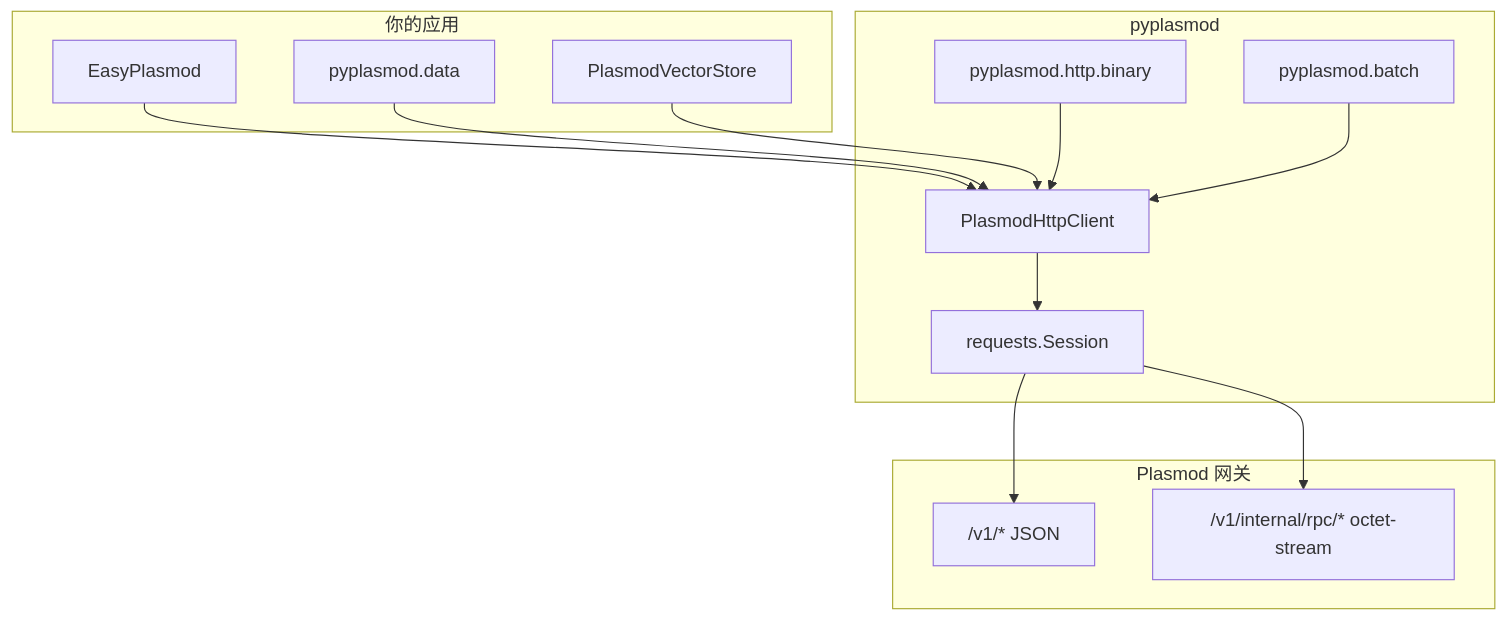
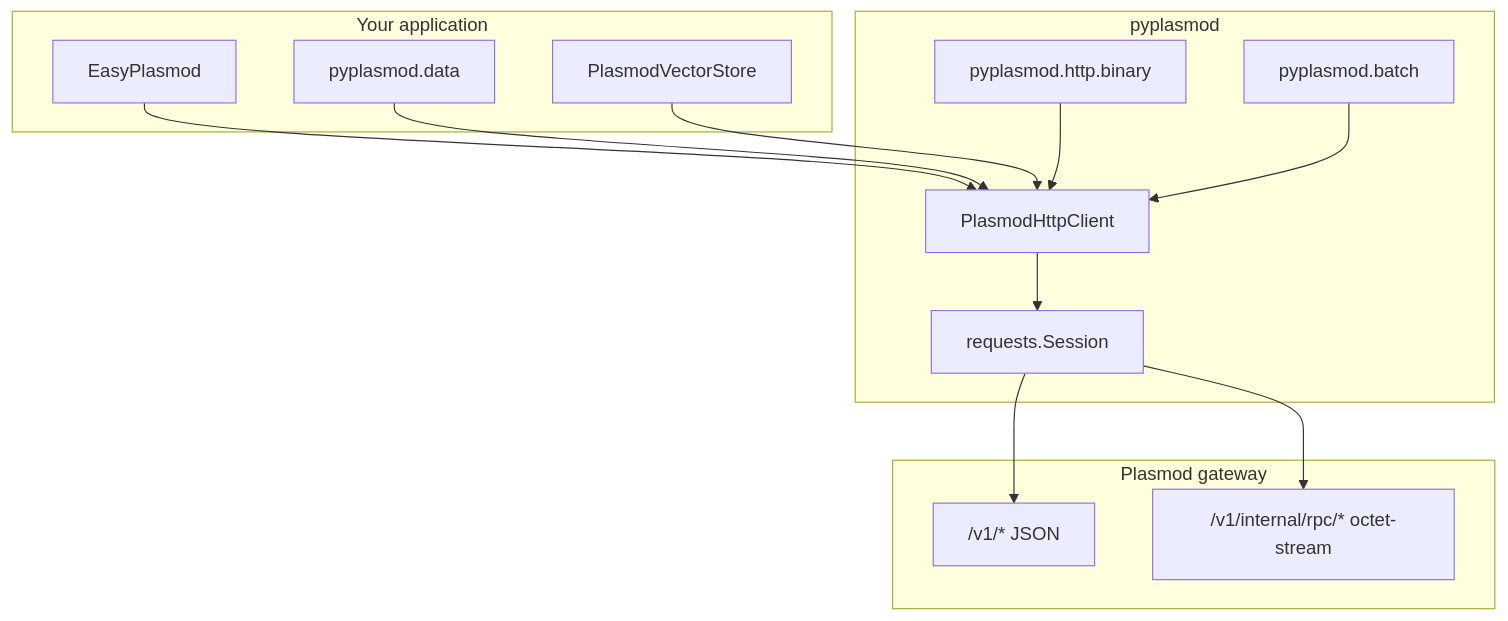
The diagram in docs/SDK.md (CodeSoul-co/pyplasmod), drawn with Mermaid before and after one commit. The commit also changed other lines of this file and 17 other files, not shown here.

````diff
--- a/docs/SDK.md
+++ b/docs/SDK.md
@@ -25,22 +27,22 @@
 ```mermaid
 flowchart TB
-  subgraph app [你的应用]
+  subgraph app [Your application]
     EP[EasyPlasmod]
     DC[pyplasmod.data]
     LC[PlasmodVectorStore]
   end
   subgraph sdk [pyplasmod]
     EP --> HC[PlasmodHttpClient]
     DC --> HC
     LC --> HC
     HC --> REQ[requests.Session]
     BIN[pyplasmod.http.binary] --> HC
     BAT[pyplasmod.batch] --> HC
   end
-  subgraph gw [Plasmod 网关]
+  subgraph gw [Plasmod gateway]
     JSON["/v1/* JSON"]
     RPC["/v1/internal/rpc/* octet-stream"]
   end
   REQ --> JSON
   REQ --> RPC
 ```
````
